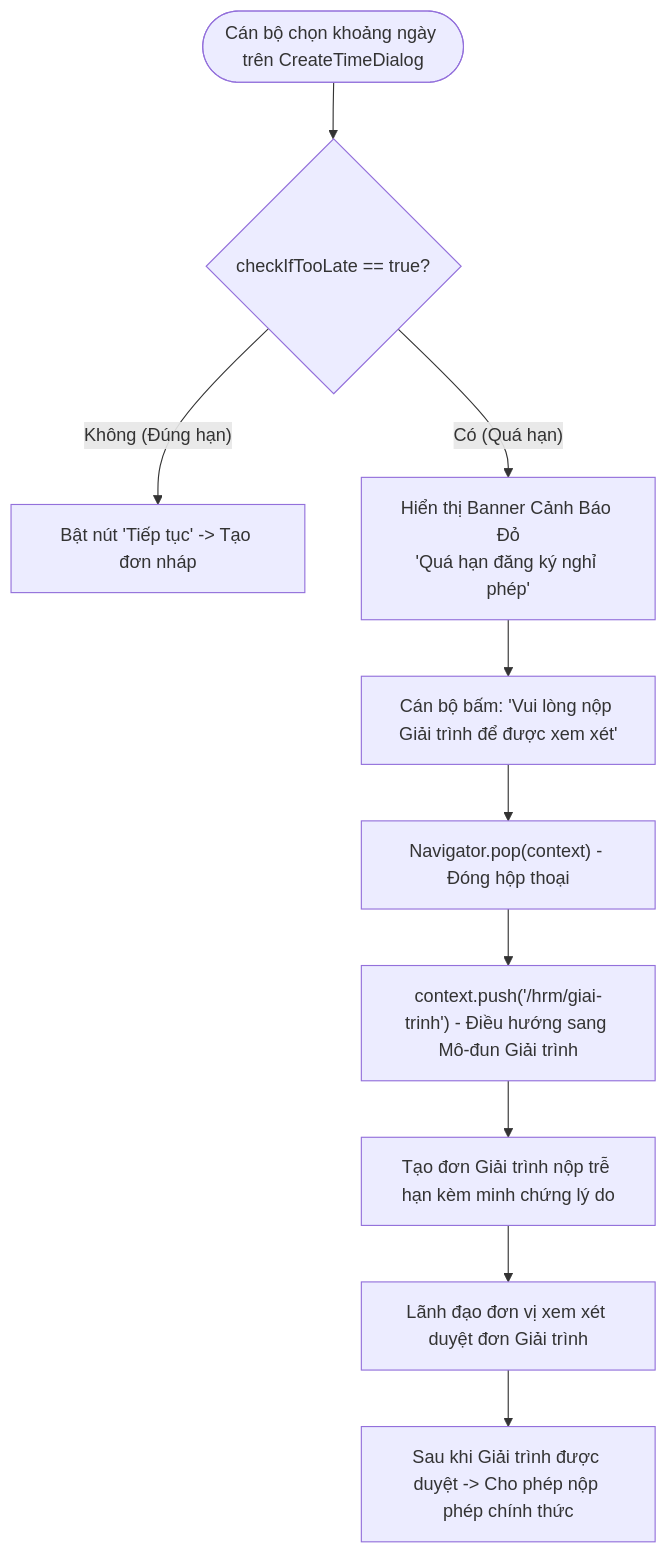
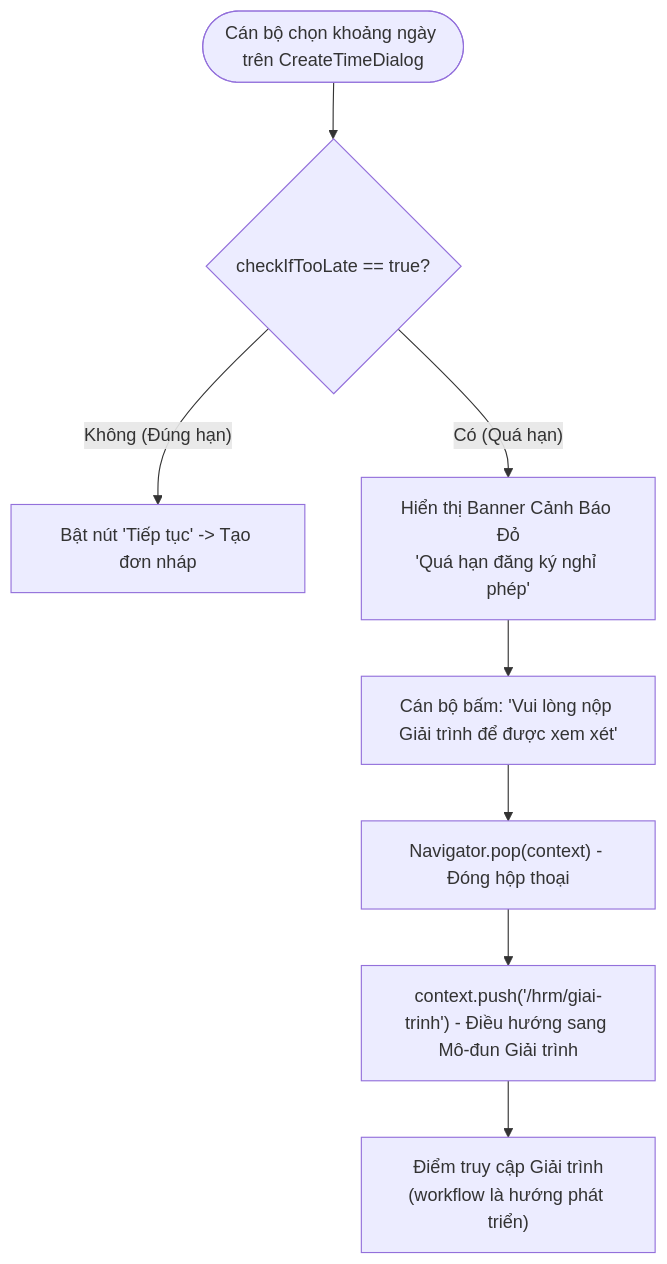
The fourth of 5 diagrams in docs/04_REQUIREMENT_PACK_LEAVE.md (xchinh/Report-DATN), drawn with Mermaid before and after one commit. The commit also changed other lines of this file and 100 other files, not shown here.

First line of the commit message:
docs(thesis): integrate and standardize Chapters 4 and 5 with updated schemas, blueprints, and architecture

````diff
--- a/docs/04_REQUIREMENT_PACK_LEAVE.md
+++ b/docs/04_REQUIREMENT_PACK_LEAVE.md
@@ -745,12 +744,10 @@
 ```mermaid
 flowchart TD
     Start(["Cán bộ chọn khoảng ngày trên CreateTimeDialog"]) --> CheckLate{"checkIfTooLate == true?"}
     CheckLate -- "Không (Đúng hạn)" --> EnableBtn["Bật nút 'Tiếp tục' -> Tạo đơn nháp"]
     CheckLate -- "Có (Quá hạn)" --> ShowBanner["Hiển thị Banner Cảnh Báo Đỏ<br/>'Quá hạn đăng ký nghỉ phép'"]
     ShowBanner --> ClickLink["Cán bộ bấm: 'Vui lòng nộp Giải trình để được xem xét'"]
     ClickLink --> PopDialog["Navigator.pop(context) - Đóng hộp thoại"]
     PopDialog --> Redirect["context.push('/hrm/giai-trinh') - Điều hướng sang Mô-đun Giải trình"]
-    Redirect --> CreateGT["Tạo đơn Giải trình nộp trễ hạn kèm minh chứng lý do"]
-    CreateGT --> WaitApproval["Lãnh đạo đơn vị xem xét duyệt đơn Giải trình"]
-    WaitApproval --> CanLeave["Sau khi Giải trình được duyệt -> Cho phép nộp phép chính thức"]
+    Redirect --> FutureGT["Điểm truy cập Giải trình<br/>(workflow là hướng phát triển)"]
 ```
````
